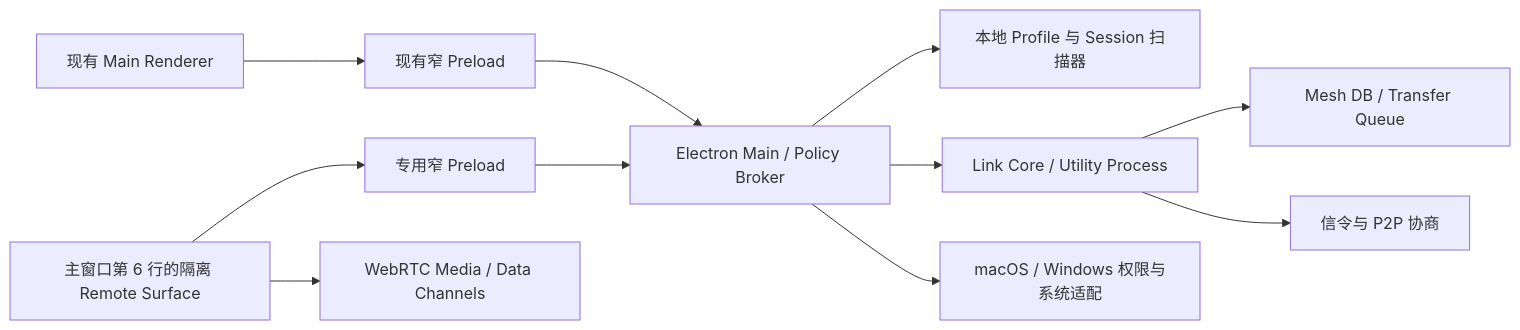
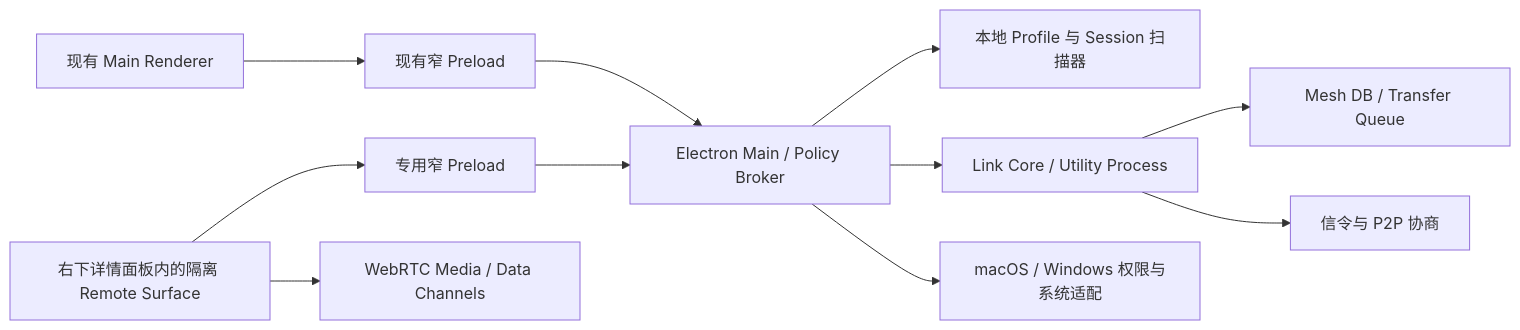
One commit to shuqianglin1997/agent-desk changed the fourth of 4 diagrams in docs/PERSONAL_AGENT_MESH_PLAN.md. Above: the diagram before and after it, drawn with Mermaid. The commit also changed other lines of this file and 32 other files, not shown here.

````diff
--- a/docs/PERSONAL_AGENT_MESH_PLAN.md
+++ b/docs/PERSONAL_AGENT_MESH_PLAN.md
@@ -1214,14 +1250,14 @@
 ```mermaid
 flowchart LR
   UI["现有 Main Renderer"] --> PRE["现有窄 Preload"]
   PRE --> MAIN["Electron Main / Policy Broker"]
   MAIN --> LOCAL["本地 Profile 与 Session 扫描器"]
   MAIN --> LINK["Link Core / Utility Process"]
   LINK --> STORE["Mesh DB / Transfer Queue"]
   LINK --> SIGNAL["信令与 P2P 协商"]
   MAIN --> OS["macOS / Windows 权限与系统适配"]
 
-  RC["主窗口第 6 行的隔离 Remote Surface"] --> RPRE["专用窄 Preload"]
+  RC["右下详情面板内的隔离 Remote Surface"] --> RPRE["专用窄 Preload"]
   RPRE --> MAIN
   RC --> MEDIA["WebRTC Media / Data Channels"]
 ```
````
